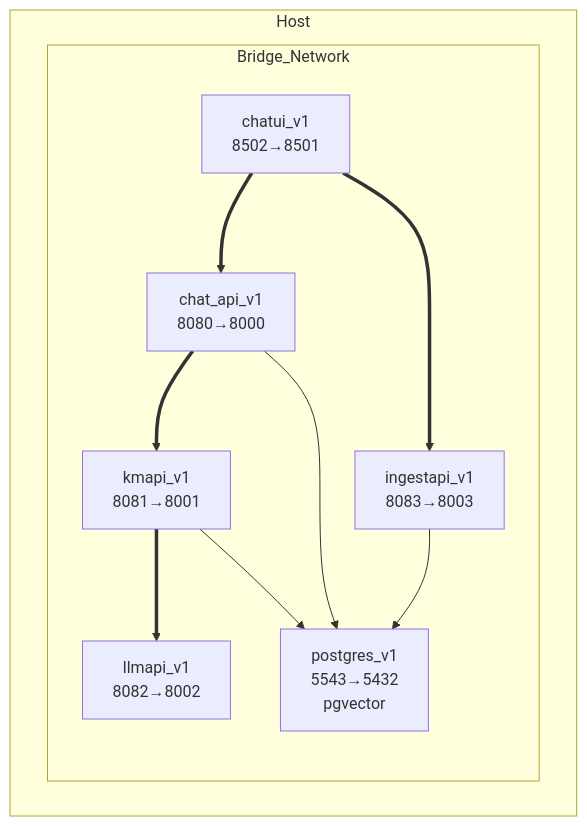
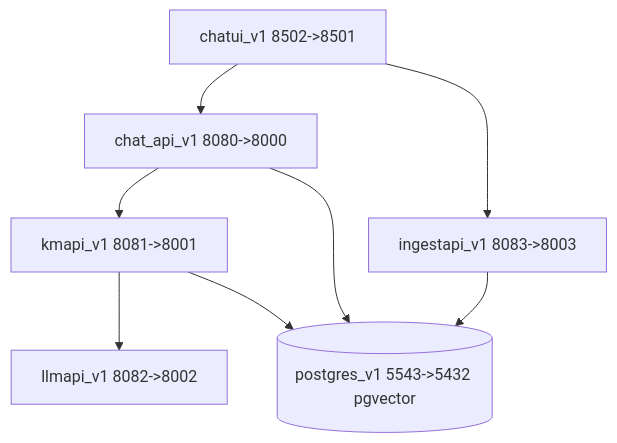
Before and after one commit to Abhi201-lab/chatbot__0: the second of 6 diagrams in chatbot_2/ARCHITECTURE.md, drawn with Mermaid. The commit also changed other lines of this file, not shown here.

First line of the commit message:
Revise architecture overview and deployment diagrams

````diff
--- a/chatbot_2/ARCHITECTURE.md
+++ b/chatbot_2/ARCHITECTURE.md
@@ -28,20 +19,10 @@
 ```mermaid
-flowchart TB
-    subgraph Host
-        subgraph Bridge_Network
-            chatui[chatui_v1\n8502→8501]
-            chat_api[chat_api_v1\n8080→8000]
-            ingest[ingestapi_v1\n8083→8003]
-            km[kmapi_v1\n8081→8001]
-            llm[llmapi_v1\n8082→8002]
-            pg[postgres_v1\n5543→5432\npgvector]
-        end
-        chatui ==> chat_api
-        chatui ==> ingest
-        chat_api ==> km
-        km ==> llm
-        ingest --> pg
-        km --> pg
-        chat_api --> pg
-    end
+graph TB
+    chatui[chatui_v1 8502->8501] --> chat_api[chat_api_v1 8080->8000]
+    chatui --> ingest[ingestapi_v1 8083->8003]
+    chat_api --> km[kmapi_v1 8081->8001]
+    km --> llm[llmapi_v1 8082->8002]
+    ingest --> pg[(postgres_v1 5543->5432 pgvector)]
+    km --> pg
+    chat_api --> pg
 ```
````
